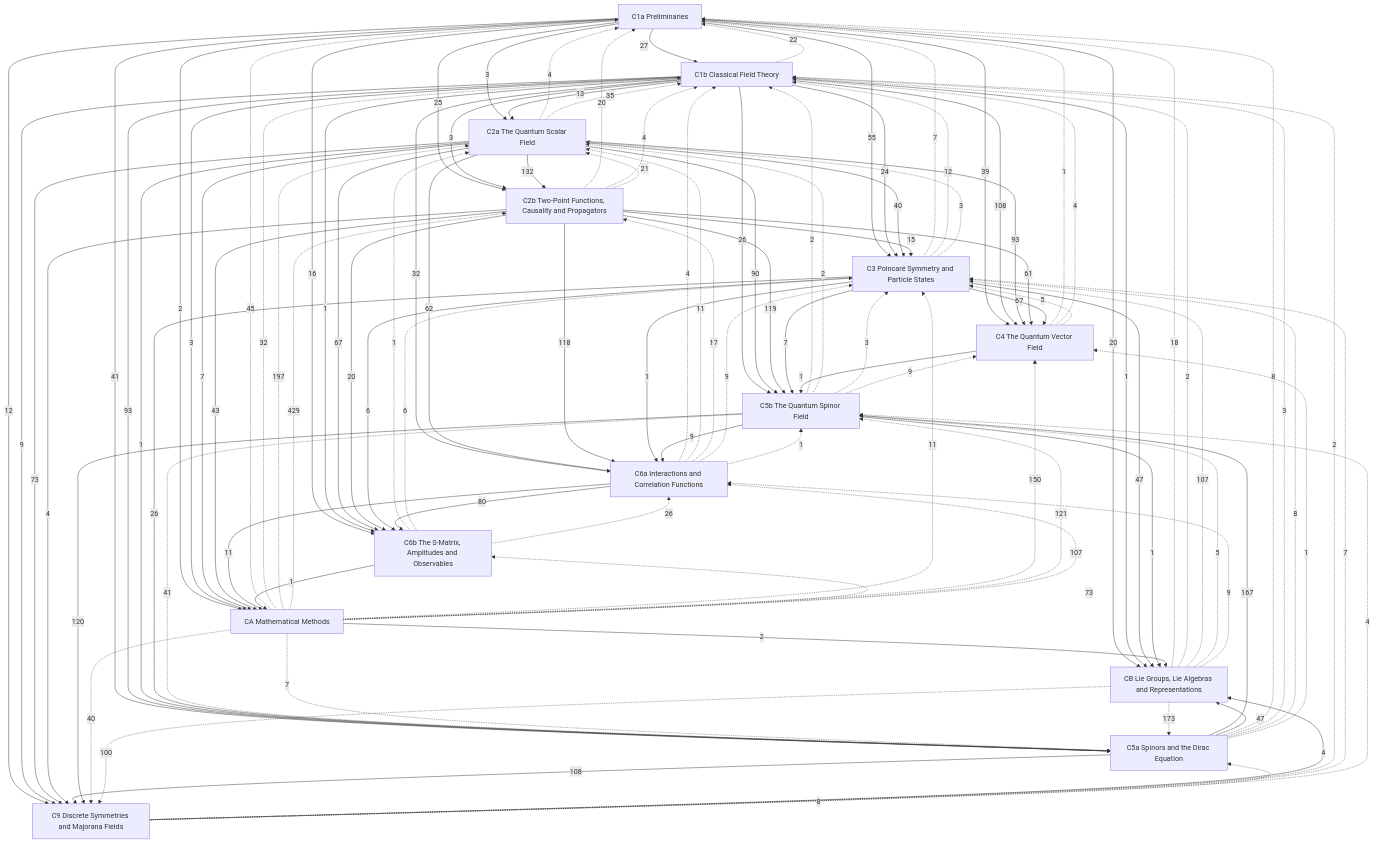
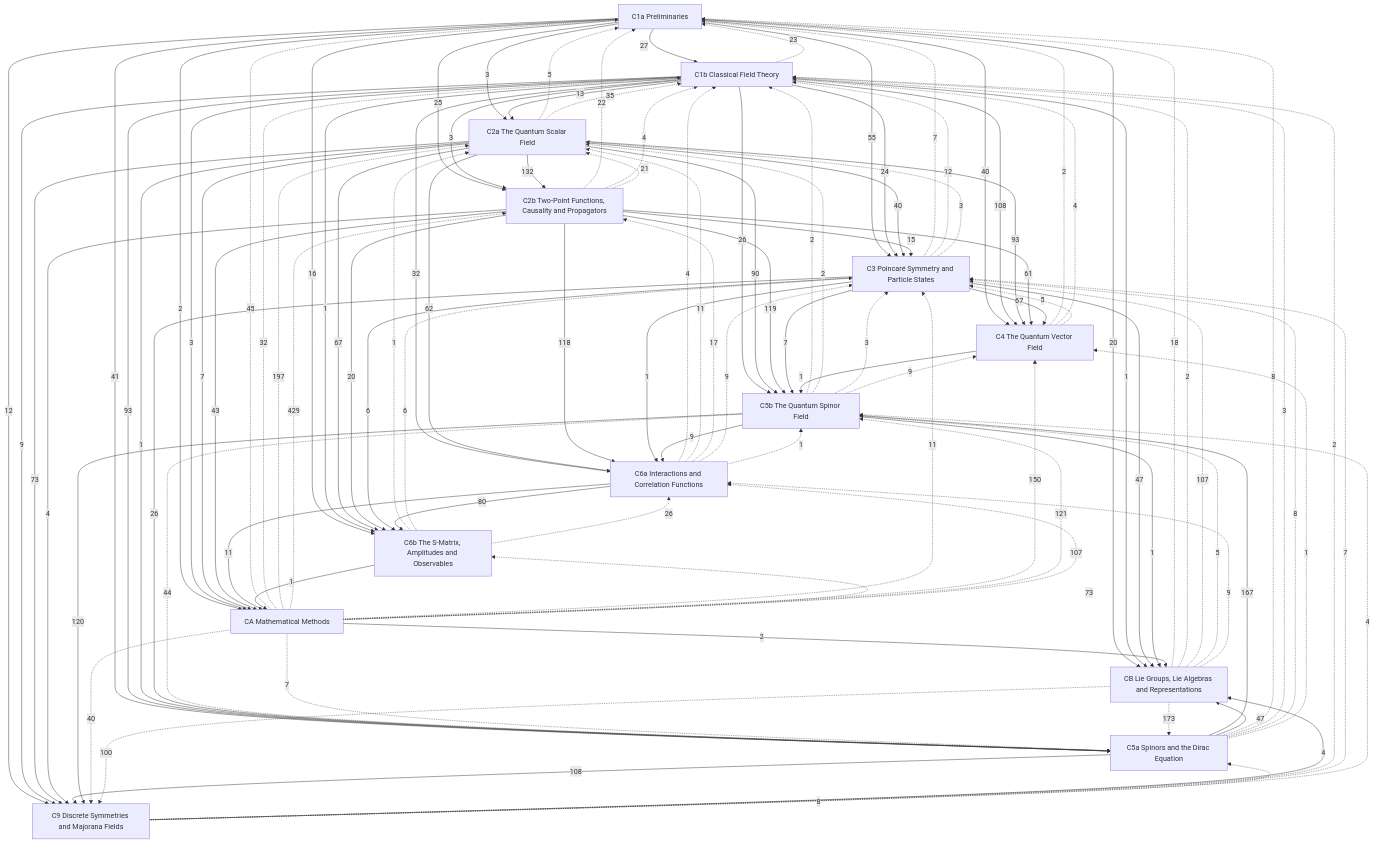
Before and after one commit to Onion20040508/notes: the diagram in Physics/Quantum Field Theory/Quantum Field Theory.md, drawn with Mermaid. The commit also changed 60 other files, not shown here.

```diff
--- a/Physics/Quantum Field Theory/Quantum Field Theory.md
+++ b/Physics/Quantum Field Theory/Quantum Field Theory.md
@@ -54,7 +54,7 @@
   C1b -->|24| C3
   C2a -->|40| C3
   C2b -->|15| C3
-  C1a -->|39| C4
+  C1a -->|40| C4
   C1b -->|108| C4
   C2a -->|93| C4
   C2b -->|61| C4
@@ -99,11 +99,11 @@
   C5b -->|1| CB
   C9 -->|4| CB
   CA -->|2| CB
-  C1b -.->|22| C1a
-  C2a -.->|4| C1a
-  C2b -.->|20| C1a
+  C1b -.->|23| C1a
+  C2a -.->|5| C1a
+  C2b -.->|22| C1a
   C3 -.->|7| C1a
-  C4 -.->|1| C1a
+  C4 -.->|2| C1a
   C5a -.->|8| C1a
   CA -.->|45| C1a
   CB -.->|18| C1a
@@ -136,7 +136,7 @@
   C5a -.->|1| C4
   C5b -.->|9| C4
   CA -.->|150| C4
-  C5b -.->|41| C5a
+  C5b -.->|44| C5a
   C9 -.->|8| C5a
   CA -.->|7| C5a
   CB -.->|173| C5a
```
